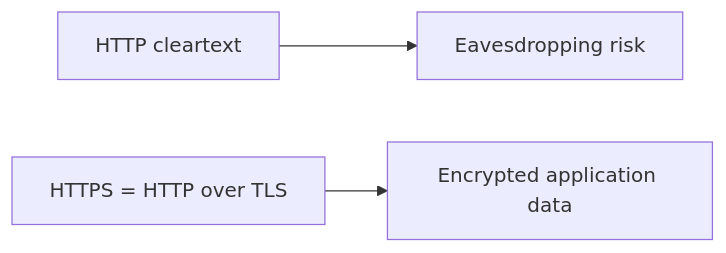
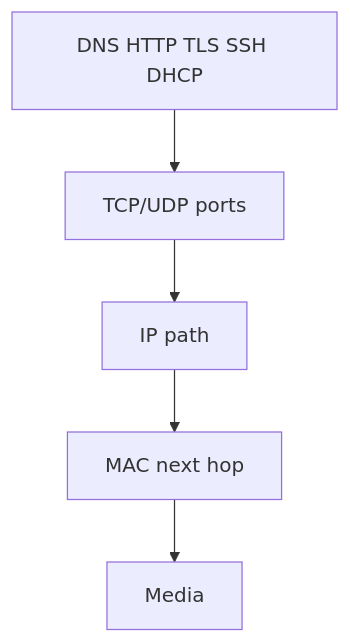
One commit to omnayak27199/pktana changed the seventh of 7 diagrams in learning/07-application-layer.md. Above: the diagram before and after it, drawn with Mermaid. The commit also changed other lines of this file and 14 other files, not shown here.

````diff
--- a/learning/07-application-layer.md
+++ b/learning/07-application-layer.md
@@ -76,5 +362,7 @@
 ```mermaid
-flowchart LR
-  Clear[HTTP cleartext] --> Risk[Eavesdropping risk]
-  TLS[HTTPS = HTTP over TLS] --> Safe[Encrypted application data]
+flowchart TB
+  Apps[DNS HTTP TLS SSH DHCP] --> L4[TCP/UDP ports]
+  L4 --> L3[IP path]
+  L3 --> L2[MAC next hop]
+  L2 --> L1[Media]
 ```
````
